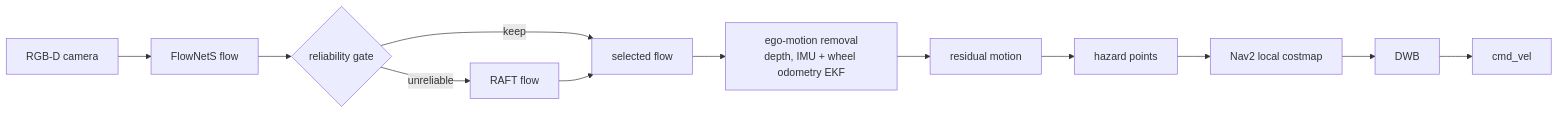
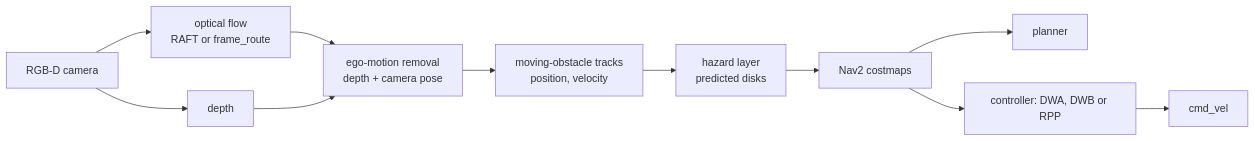
Before and after one commit to harsh-vsharma/rapid-nav: the diagram in README.md, drawn with Mermaid. The commit also changed other lines of this file and 1 other file, not shown here.

Commit message:
docs: bring the README status and pipeline up to date, move the frame_route report into docs

````diff
--- a/README.md
+++ b/README.md
@@ -34,14 +33,13 @@
 ```mermaid
 flowchart LR
-    cam[RGB-D camera] --> flow[FlowNetS flow]
-    flow --> gate{reliability gate}
-    gate -- keep --> sel[selected flow]
-    gate -- unreliable --> raft[RAFT flow]
-    raft --> sel
-    sel --> ego[ego-motion removal<br/>depth, IMU + wheel odometry EKF]
-    ego --> res[residual motion]
-    res --> haz[hazard points]
-    haz --> cost[Nav2 local costmap]
-    cost --> dwb[DWB]
-    dwb --> cmd[cmd_vel]
+    cam[RGB-D camera] --> flow[optical flow<br/>RAFT or frame_route]
+    cam --> depth[depth]
+    flow --> ego[ego-motion removal<br/>depth + camera pose]
+    depth --> ego
+    ego --> trk[moving-obstacle tracks<br/>position, velocity]
+    trk --> haz[hazard layer<br/>predicted disks]
+    haz --> cost[Nav2 costmaps]
+    cost --> plan[planner]
+    cost --> ctrl[controller: DWA, DWB or RPP]
+    ctrl --> cmd[cmd_vel]
 ```
````
